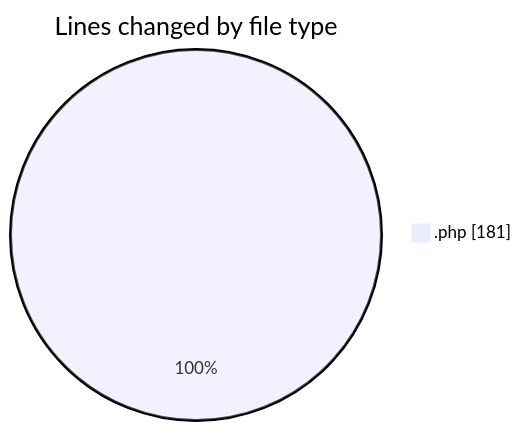
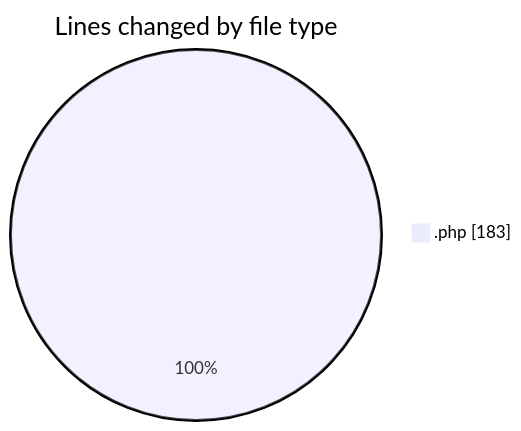
Before and after one commit to LanceThiago/code-tracking: the first of 2 diagrams in 2025-03-14/oficina/README.md, drawn with Mermaid. The commit also changed other lines of this file and 1 other file, not shown here.

````diff
--- a/2025-03-14/oficina/README.md
+++ b/2025-03-14/oficina/README.md
@@ -20,5 +20,5 @@
 ```mermaid
 pie showData
 title Lines changed by file type
-".php" : 181
+".php" : 183
 ```
````
